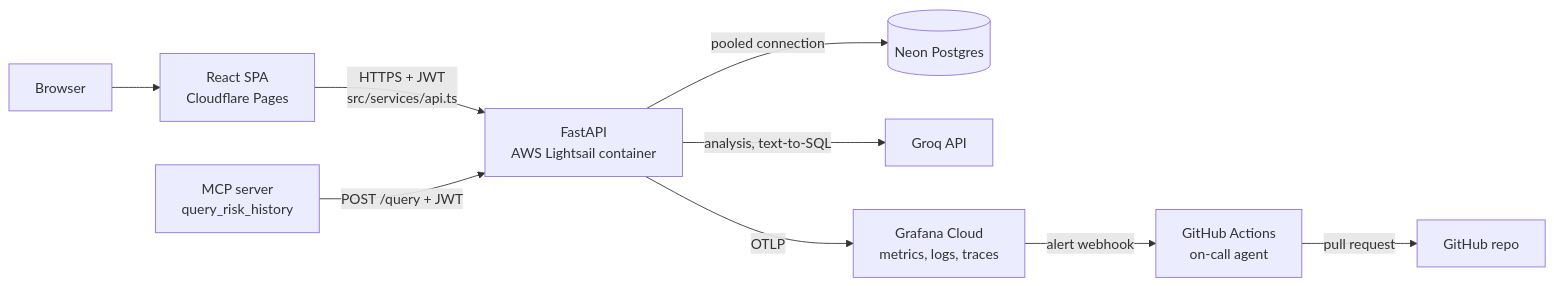
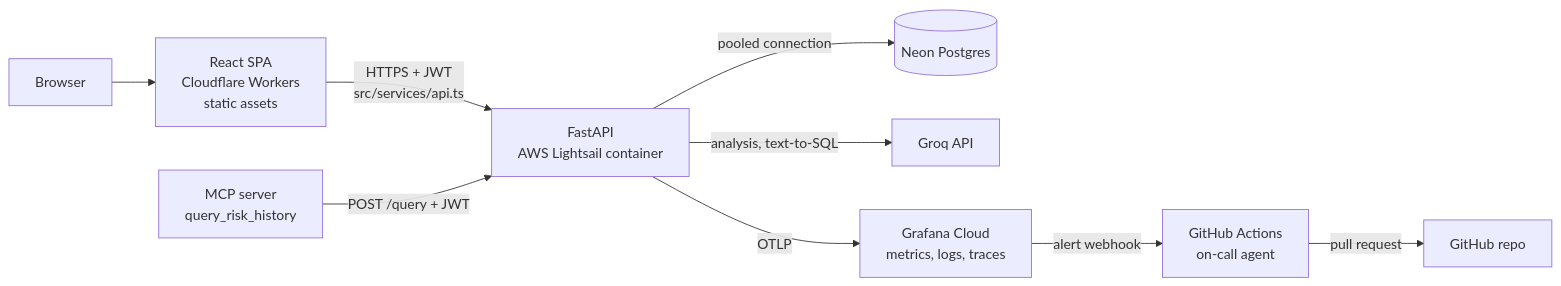
The first of 5 diagrams in docs/architecture.md (vadimvvlasov/anti-scope-creep), drawn with Mermaid before and after one commit. The commit also changed other lines of this file and 5 other files, not shown here.

First line of the commit message:
build(frontend): serve the static build from Cloudflare Workers

````diff
--- a/docs/architecture.md
+++ b/docs/architecture.md
@@ -11,11 +11,11 @@
 ```mermaid
 flowchart LR
-    U["Browser"] --> FE["React SPA<br/>Cloudflare Pages"]
+    U["Browser"] --> FE["React SPA<br/>Cloudflare Workers<br/>static assets"]
     FE -->|"HTTPS + JWT<br/>src/services/api.ts"| BE["FastAPI<br/>AWS Lightsail container"]
     BE -->|"pooled connection"| DB[("Neon Postgres")]
     BE -->|"analysis, text-to-SQL"| LLM["Groq API"]
     BE -->|"OTLP"| OBS["Grafana Cloud<br/>metrics, logs, traces"]
     MCP["MCP server<br/>query_risk_history"] -->|"POST /query + JWT"| BE
     OBS -->|"alert webhook"| GH["GitHub Actions<br/>on-call agent"]
     GH -->|"pull request"| REPO["GitHub repo"]
 ```
````
